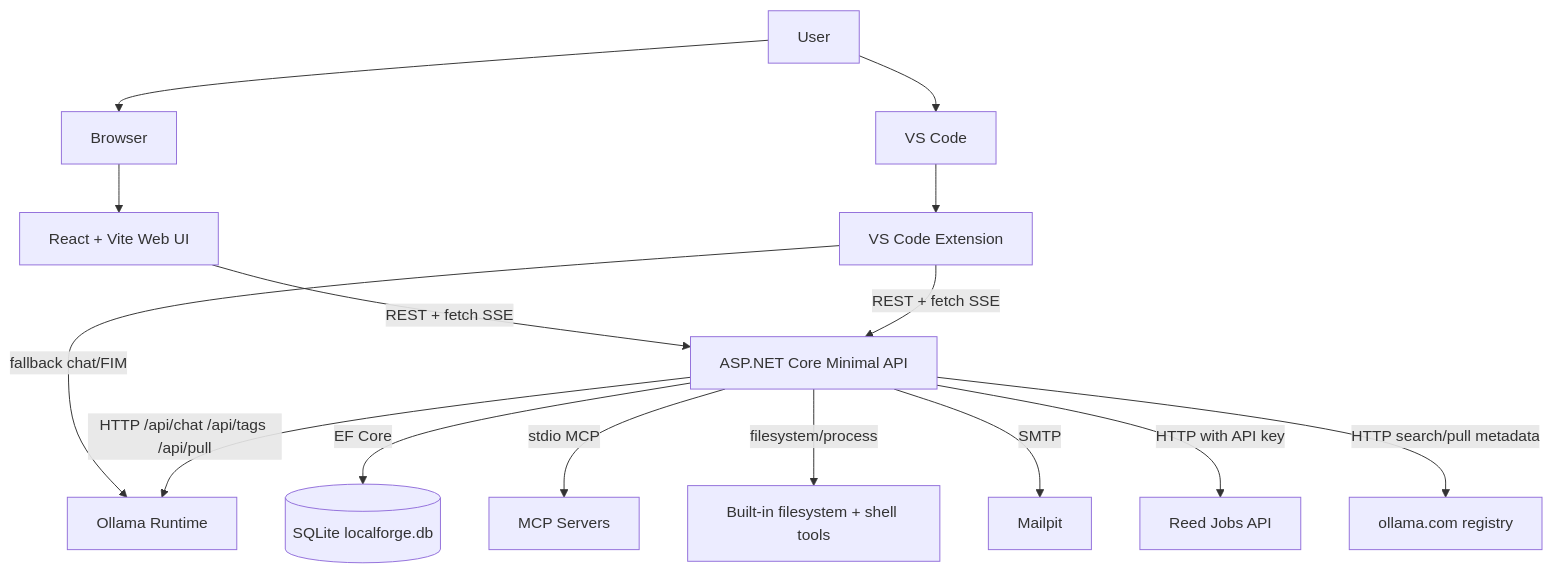
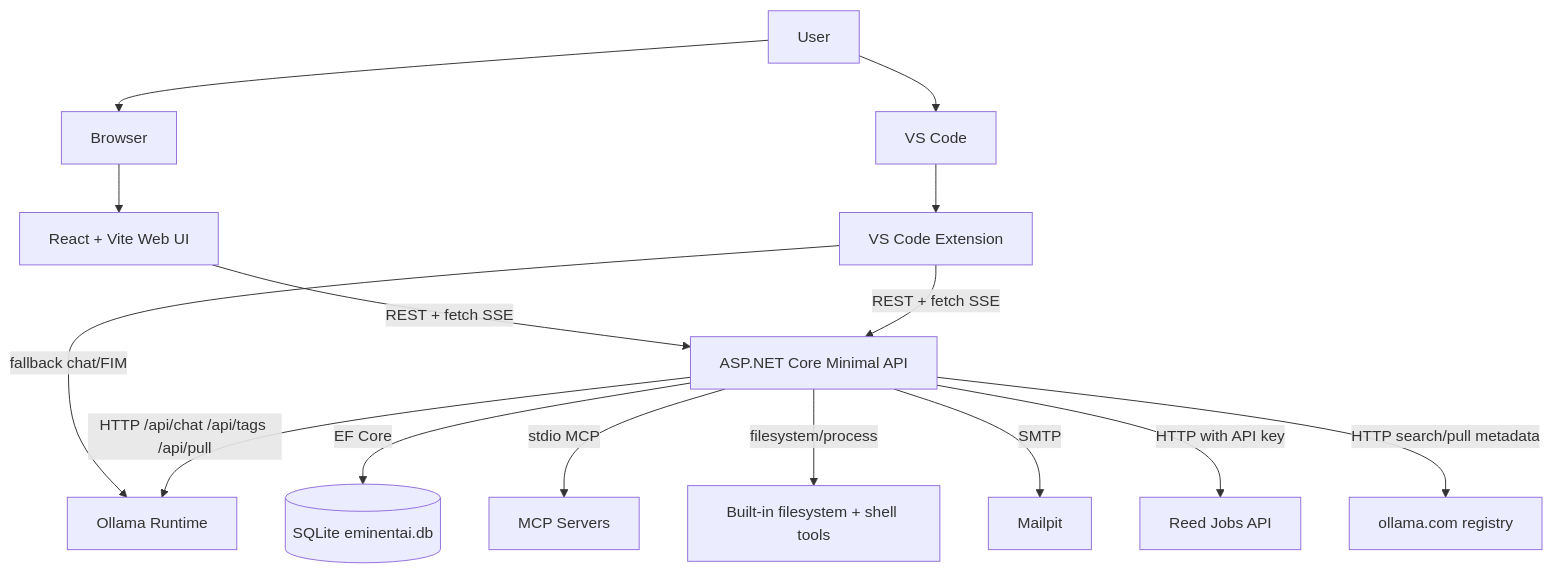
Before and after one commit to ekanatha-urivakili/EminentAiAgent: the first of 16 diagrams in docs/AIAGENT_ARCHITECTURE.md, drawn with Mermaid. The commit also changed other lines of this file and 345 other files, not shown here.

````diff
--- a/docs/AIAGENT_ARCHITECTURE.md
+++ b/docs/AIAGENT_ARCHITECTURE.md
@@ -55,20 +55,20 @@
 ```mermaid
 flowchart TB
     User[User] --> Browser[Browser]
     User --> VSCode[VS Code]
 
     Browser --> Web[React + Vite Web UI]
     VSCode --> Extension[VS Code Extension]
 
     Web -->|REST + fetch SSE| Api[ASP.NET Core Minimal API]
     Extension -->|REST + fetch SSE| Api
     Extension -->|fallback chat/FIM| Ollama[Ollama Runtime]
 
     Api -->|HTTP /api/chat /api/tags /api/pull| Ollama
-    Api -->|EF Core| Db[(SQLite localforge.db)]
+    Api -->|EF Core| Db[(SQLite eminentai.db)]
     Api -->|stdio MCP| McpServers[MCP Servers]
     Api -->|filesystem/process| LocalTools[Built-in filesystem + shell tools]
     Api -->|SMTP| Mailpit[Mailpit]
     Api -->|HTTP with API key| Reed[Reed Jobs API]
     Api -->|HTTP search/pull metadata| OllamaRegistry[ollama.com registry]
 ```
````
